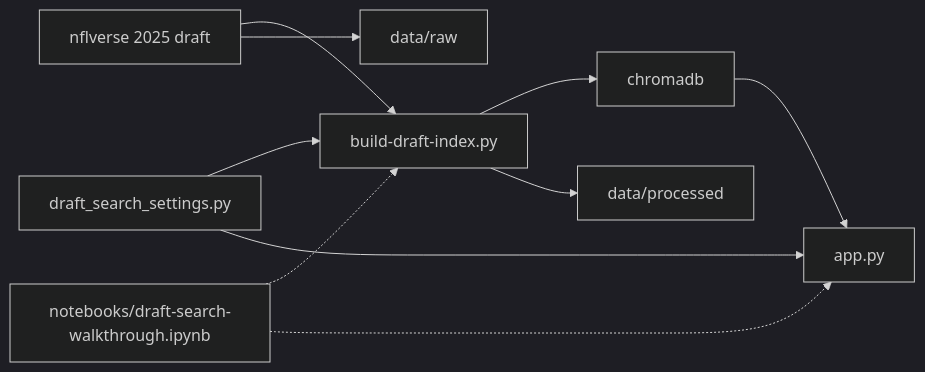
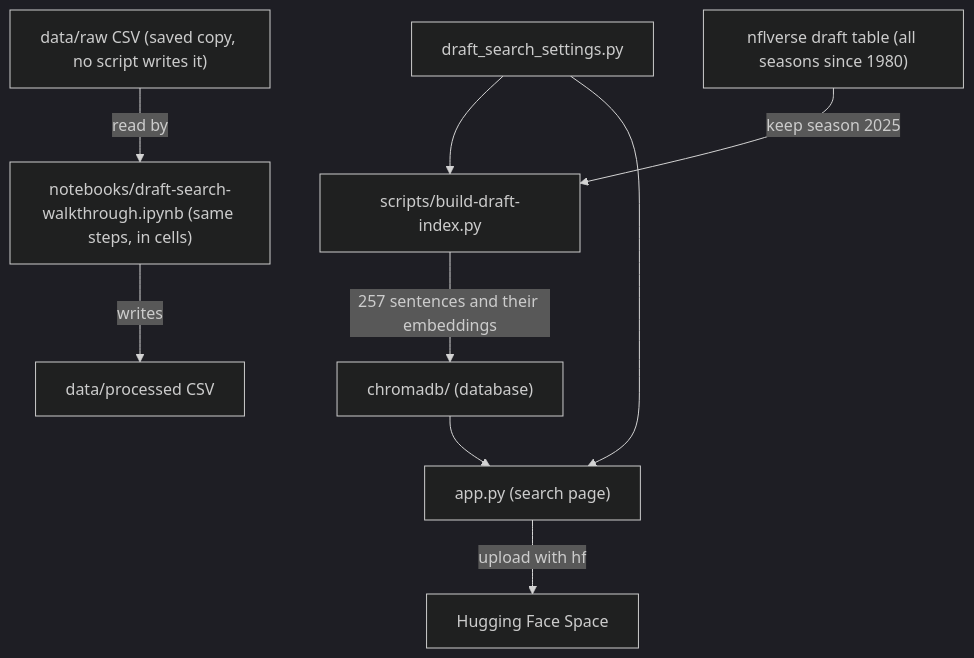
Before and after one commit to jconnors23/510-wk13-sync-activity: the diagram in README.md, drawn with Mermaid (dark theme). The commit also changed other lines of this file and 13 other files, not shown here.

````diff
--- a/README.md
+++ b/README.md
@@ -34,12 +29,11 @@
 ```mermaid
-flowchart LR
-  nfl["nflverse 2025 draft"] --> build["build-draft-index.py"]
-  build --> chroma["chromadb"]
-  chroma --> app["app.py"]
+flowchart TB
+  nfl["nflverse draft table (all seasons since 1980)"] -->|"keep season 2025"| build["scripts/build-draft-index.py"]
   config["draft_search_settings.py"] --> build
   config --> app
-  walk["notebooks/draft-search-walkthrough.ipynb"] -.-> build
-  walk -.-> app
-  nfl --> raw["data/raw"]
-  build --> processed["data/processed"]
+  build -->|"257 sentences and their embeddings"| chroma["chromadb/ (database)"]
+  chroma --> app["app.py (search page)"]
+  app -->|"upload with hf"| space["Hugging Face Space"]
+  raw["data/raw CSV (saved copy, no script writes it)"] -->|"read by"| nb["notebooks/draft-search-walkthrough.ipynb (same steps, in cells)"]
+  nb -->|"writes"| processed["data/processed CSV"]
 ```
````
